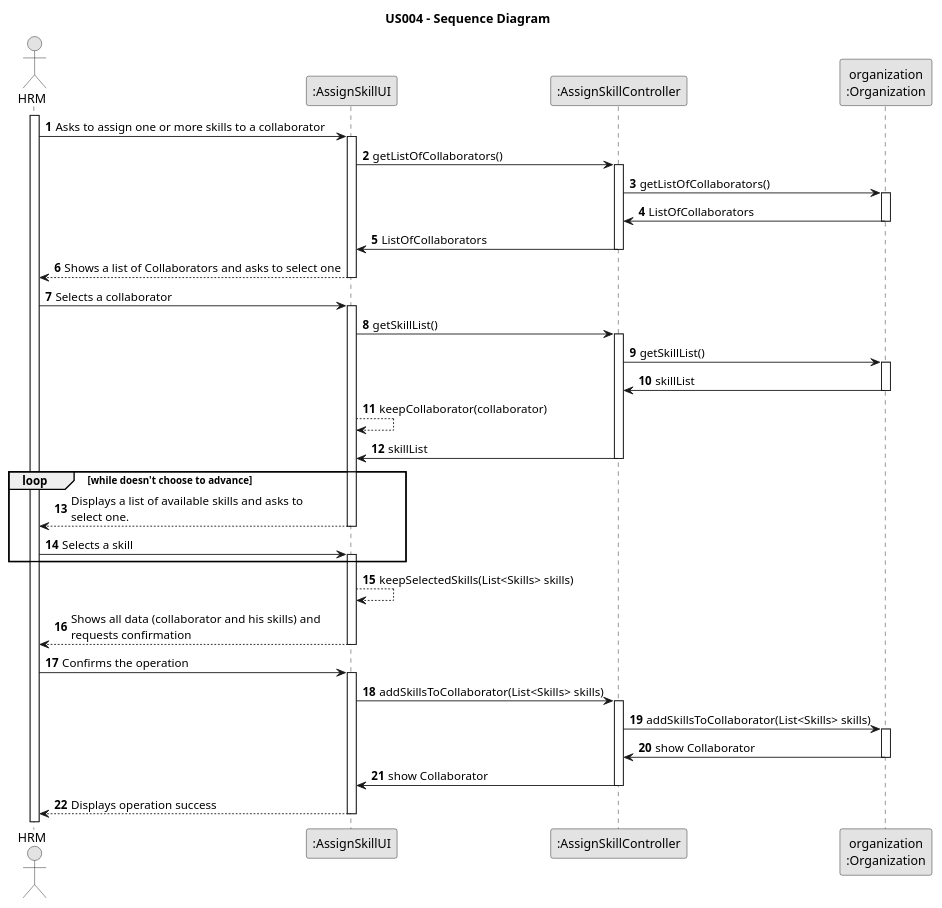
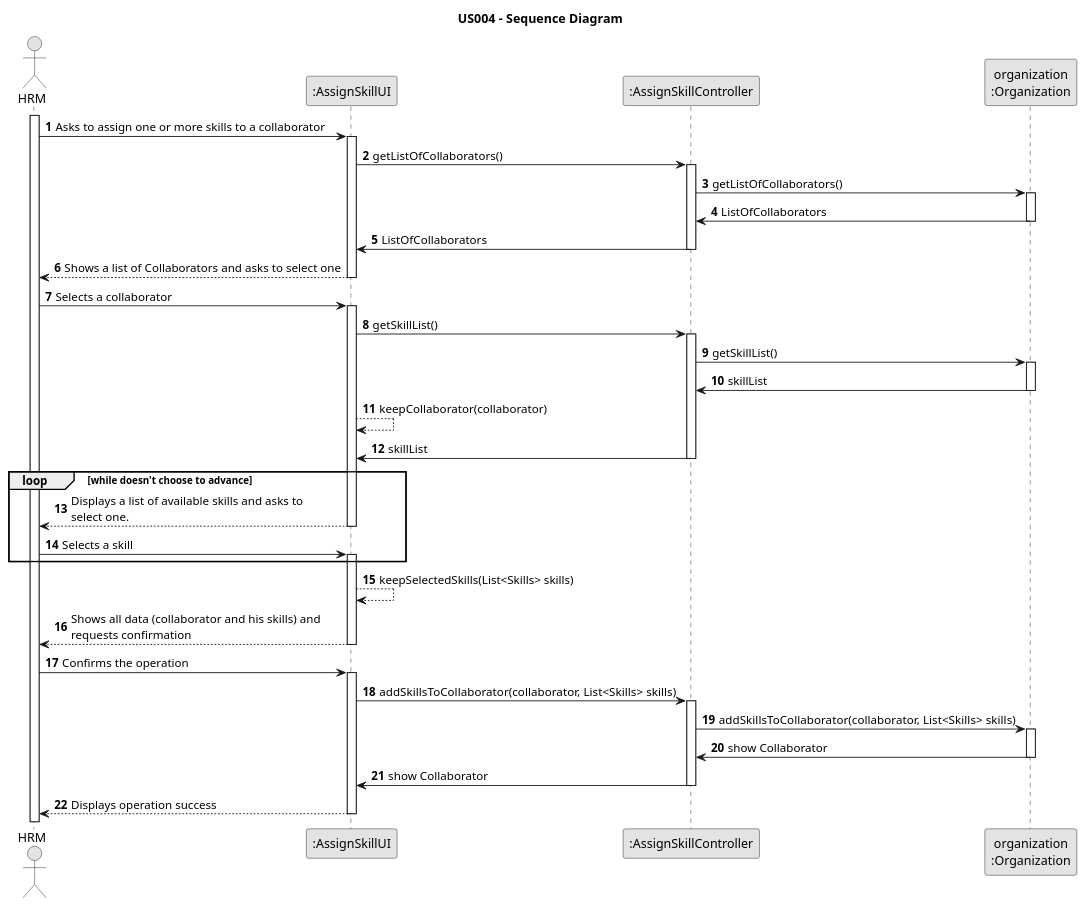
The diagram in docs/sprintB/us004/03.design/puml/us004-sequence-diagram.puml (Rui-San/LAPR2_2023_2024), drawn with PlantUML before and after one commit. The commit also changed 1 other file, not shown here.

Commit message:
US003 Design: Created new interactions on Sequence Diagram (SD)
US004: Added collaborator on parameter in SD

```diff
--- a/docs/sprintB/us004/03.design/puml/us004-sequence-diagram.puml
+++ b/docs/sprintB/us004/03.design/puml/us004-sequence-diagram.puml
@@ -1,106 +1,106 @@
 @startuml
 skinparam monochrome true
 skinparam packageStyle rectangle
 skinparam shadowing false
 
 title US004 - Sequence Diagram
 
 autonumber
 
 actor "HRM" as HRM
 participant ":AssignSkillUI" as UI
 participant ":AssignSkillController" as CTRL
 participant "organization\n:Organization" as ORG
 
 
 activate HRM
 
     HRM -> UI : Asks to assign one or more skills to a collaborator
 
     activate UI
 
         UI -> CTRL : getListOfCollaborators()
 
 
         activate CTRL
             CTRL -> ORG : getListOfCollaborators()
             activate ORG
             ORG -> CTRL : ListOfCollaborators
             deactivate ORG
 
             CTRL -> UI : ListOfCollaborators
 
 
 
 
         deactivate CTRL
 
         UI --> HRM : Shows a list of Collaborators and asks to select one
     deactivate UI
 
     HRM -> UI : Selects a collaborator
 
 
 
 
 
 
 
     activate UI
 
     UI -> CTRL : getSkillList()
 
     activate CTRL
     CTRL -> ORG : getSkillList()
 
     activate ORG
 
     ORG -> CTRL : skillList
 
     deactivate ORG
 
     UI --> UI : keepCollaborator(collaborator)
 
     CTRL -> UI : skillList
 
         deactivate CTRL
 loop while doesn't choose to advance
         UI --> HRM : Displays a list of available skills and asks to \nselect one.
 
     deactivate UI
 
 
 
     HRM -> UI : Selects a skill
 
 
     activate UI
 
     end
 
     UI --> UI : keepSelectedSkills(List<Skills> skills)
 
 
 
         UI --> HRM : Shows all data (collaborator and his skills) and \nrequests confirmation
     deactivate UI
 
     HRM -> UI : Confirms the operation
     activate UI
 
-    UI -> CTRL : addSkillsToCollaborator(List<Skills> skills)
+    UI -> CTRL : addSkillsToCollaborator(collaborator, List<Skills> skills)
 
         activate CTRL
-        CTRL -> ORG : addSkillsToCollaborator(List<Skills> skills)
+        CTRL -> ORG : addSkillsToCollaborator(collaborator, List<Skills> skills)
             activate ORG
             ORG ->CTRL : show Collaborator
 
             deactivate ORG
 
             CTRL -> UI : show Collaborator
         deactivate CTRL
 
         UI --> HRM : Displays operation success
     deactivate UI
 
 @enduml
```
